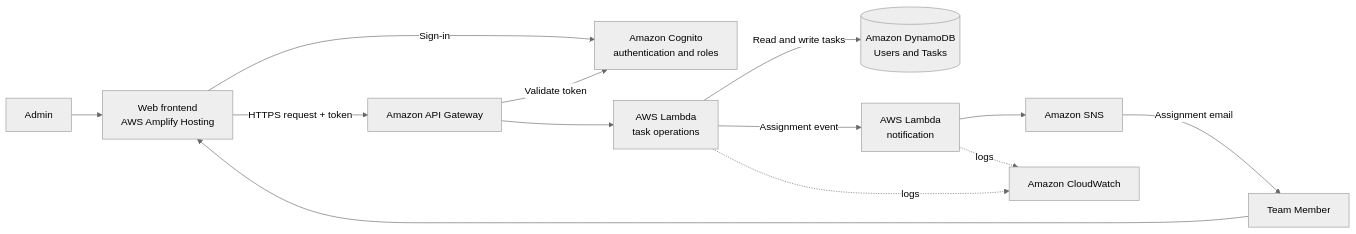
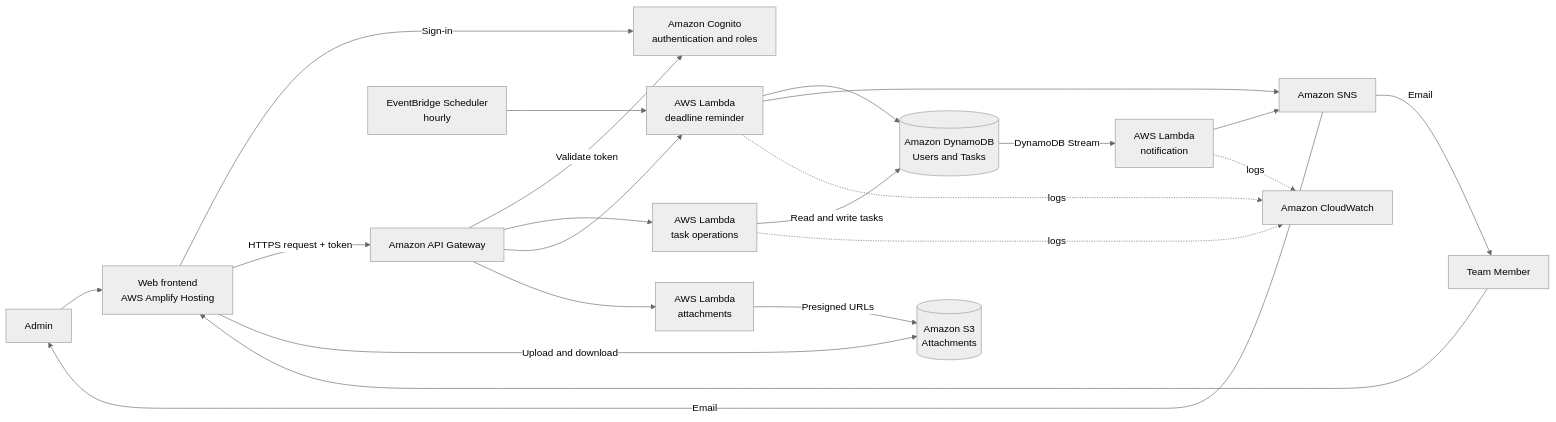
The second of 2 diagrams in docs/planning.md (BenjaminSsempala/serverless-task-manager), drawn with Mermaid (neutral theme) before and after one commit. The commit also changed other lines of this file and 11 other files, not shown here.

````diff
--- a/docs/planning.md
+++ b/docs/planning.md
@@ -99,15 +110,24 @@
 ```mermaid
 flowchart LR
     Admin[Admin] --> Web[Web frontend<br/>AWS Amplify Hosting]
     Member[Team Member] --> Web
     Web -->|Sign-in| Cognito[Amazon Cognito<br/>authentication and roles]
     Web -->|HTTPS request + token| API[Amazon API Gateway]
     API -->|Validate token| Cognito
     API --> TaskFn[AWS Lambda<br/>task operations]
     TaskFn -->|Read and write tasks| DB[(Amazon DynamoDB<br/>Users and Tasks)]
-    TaskFn -->|Assignment event| NotifyFn[AWS Lambda<br/>notification]
+    DB -->|DynamoDB Stream| NotifyFn[AWS Lambda<br/>notification]
+    Sched[EventBridge Scheduler<br/>hourly] --> RemindFn[AWS Lambda<br/>deadline reminder]
+    API --> RemindFn
+    RemindFn --> DB
     NotifyFn --> SNS[Amazon SNS]
-    SNS -->|Assignment email| Member
+    RemindFn --> SNS
+    SNS -->|Email| Member
+    SNS -->|Email| Admin
+    API --> AttachFn[AWS Lambda<br/>attachments]
+    AttachFn -->|Presigned URLs| S3[(Amazon S3<br/>Attachments)]
+    Web -->|Upload and download| S3
     TaskFn -. logs .-> CW[Amazon CloudWatch]
     NotifyFn -. logs .-> CW
+    RemindFn -. logs .-> CW
 ```
````
